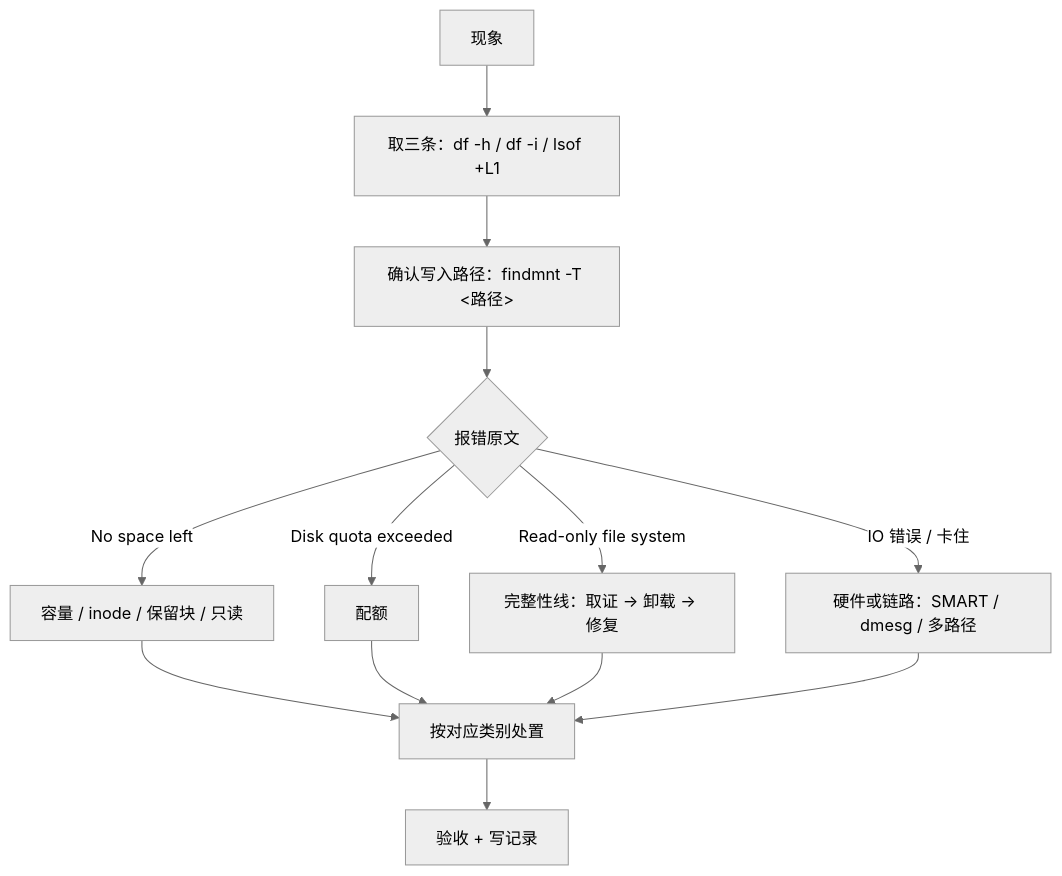
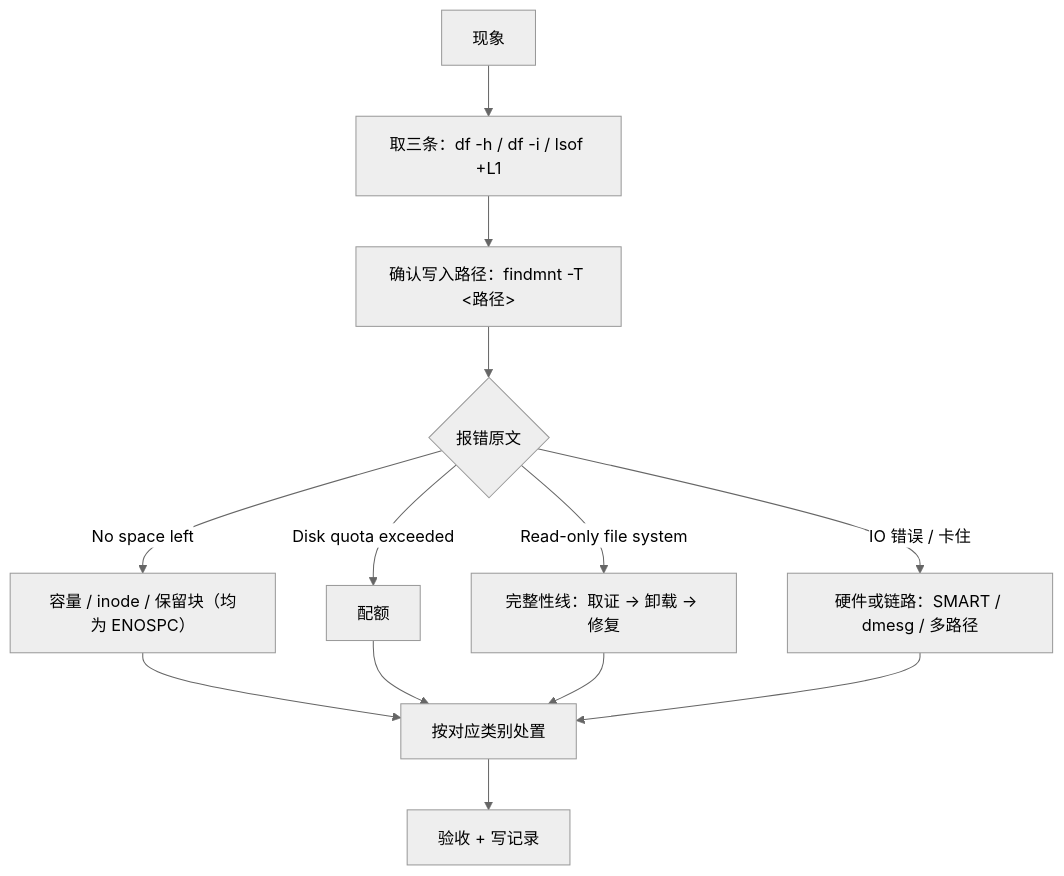
The diagram in Linux/05_存储与文件系统/16_存储故障处置手册.md (realtyz/ops-manual), drawn with Mermaid (neutral theme) before and after one commit. The commit also changed 141 other files, not shown here.

````diff
--- a/Linux/05_存储与文件系统/16_存储故障处置手册.md
+++ b/Linux/05_存储与文件系统/16_存储故障处置手册.md
@@ -36,15 +36,15 @@
 ```mermaid
 flowchart TD
   A["现象"] --> B["取三条：df -h / df -i / lsof +L1"]
   B --> C["确认写入路径：findmnt -T <路径>"]
   C --> D{"报错原文"}
-  D -- "No space left" --> E["容量 / inode / 保留块 / 只读"]
+  D -- "No space left" --> E["容量 / inode / 保留块（均为 ENOSPC）"]
   D -- "Disk quota exceeded" --> F["配额"]
   D -- "Read-only file system" --> G["完整性线：取证 → 卸载 → 修复"]
   D -- "IO 错误 / 卡住" --> H["硬件或链路：SMART / dmesg / 多路径"]
   E --> I["按对应类别处置"]
   F --> I
   G --> I
   H --> I
   I --> J["验收 + 写记录"]
 ```
````
